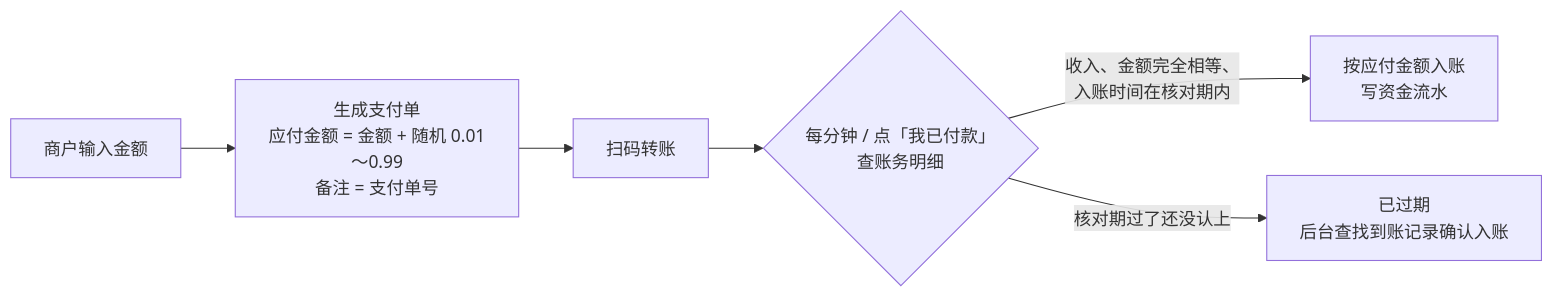
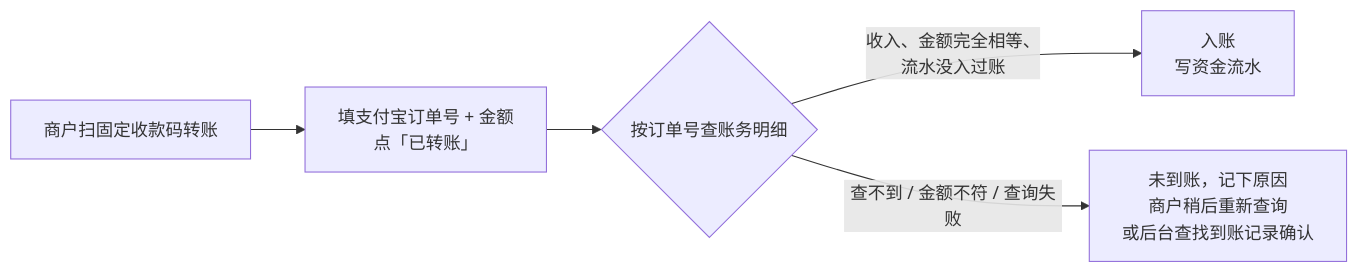
One commit to tankmask0924-ops/phoneBill changed the sixth of 7 diagrams in docs/project.md. Above: the diagram before and after it, drawn with Mermaid. The commit also changed other lines of this file and 24 other files, not shown here.

````diff
--- a/docs/project.md
+++ b/docs/project.md
@@ -268,8 +268,7 @@
 ```mermaid
 flowchart LR
-    A["商户输入金额"] --> B["生成支付单<br/>应付金额 = 金额 + 随机 0.01～0.99<br/>备注 = 支付单号"]
-    B --> C["扫码转账"]
-    C --> D{"每分钟 / 点「我已付款」<br/>查账务明细"}
-    D -->|"收入、金额完全相等、<br/>入账时间在核对期内"| E["按应付金额入账<br/>写资金流水"]
-    D -->|"核对期过了还没认上"| F["已过期<br/>后台查找到账记录确认入账"]
+    A["商户扫固定收款码转账"] --> B["填支付宝订单号 + 金额<br/>点「已转账」"]
+    B --> C{"按订单号查账务明细"}
+    C -->|"收入、金额完全相等、<br/>流水没入过账"| E["入账<br/>写资金流水"]
+    C -->|"查不到 / 金额不符 / 查询失败"| F["未到账，记下原因<br/>商户稍后重新查询<br/>或后台查找到账记录确认"]
 ```
````
